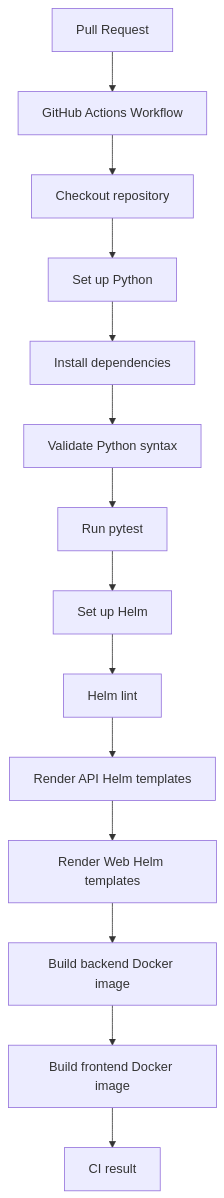
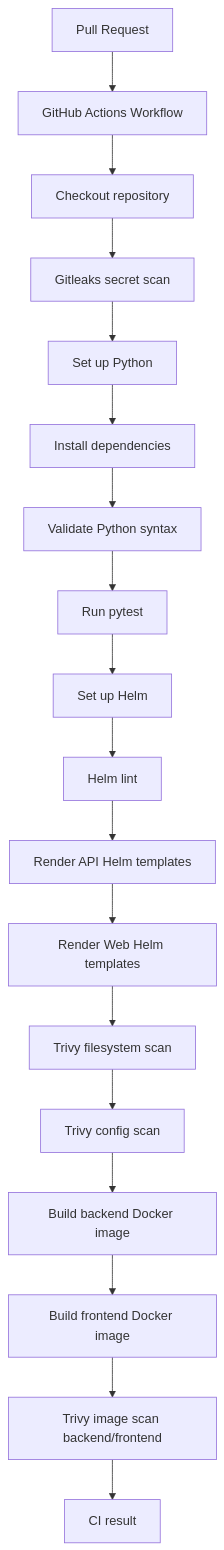
The third of 3 diagrams in README.md (oscarHidalgo93/devops-project), drawn with Mermaid before and after one commit. The commit also changed other lines of this file, not shown here.

First line of the commit message:
docs: documentar escaneo de seguridad en CI (Gitleaks + Trivy)

````diff
--- a/README.md
+++ b/README.md
@@ -598,16 +606,20 @@
 ```mermaid
 flowchart TD
     PR[Pull Request] --> Workflow[GitHub Actions Workflow]
     Workflow --> Checkout[Checkout repository]
-    Checkout --> Python[Set up Python]
+    Checkout --> Gitleaks[Gitleaks secret scan]
+    Gitleaks --> Python[Set up Python]
     Python --> Dependencies[Install dependencies]
     Dependencies --> Syntax[Validate Python syntax]
     Syntax --> Tests[Run pytest]
     Tests --> HelmSetup[Set up Helm]
     HelmSetup --> HelmLint[Helm lint]
     HelmLint --> RenderAPI[Render API Helm templates]
     RenderAPI --> RenderWeb[Render Web Helm templates]
-    RenderWeb --> BuildBackend[Build backend Docker image]
+    RenderWeb --> TrivyFS[Trivy filesystem scan]
+    TrivyFS --> TrivyConfig[Trivy config scan]
+    TrivyConfig --> BuildBackend[Build backend Docker image]
     BuildBackend --> BuildFrontend[Build frontend Docker image]
-    BuildFrontend --> Result[CI result]
+    BuildFrontend --> TrivyImages[Trivy image scan backend/frontend]
+    TrivyImages --> Result[CI result]
 ```
````
